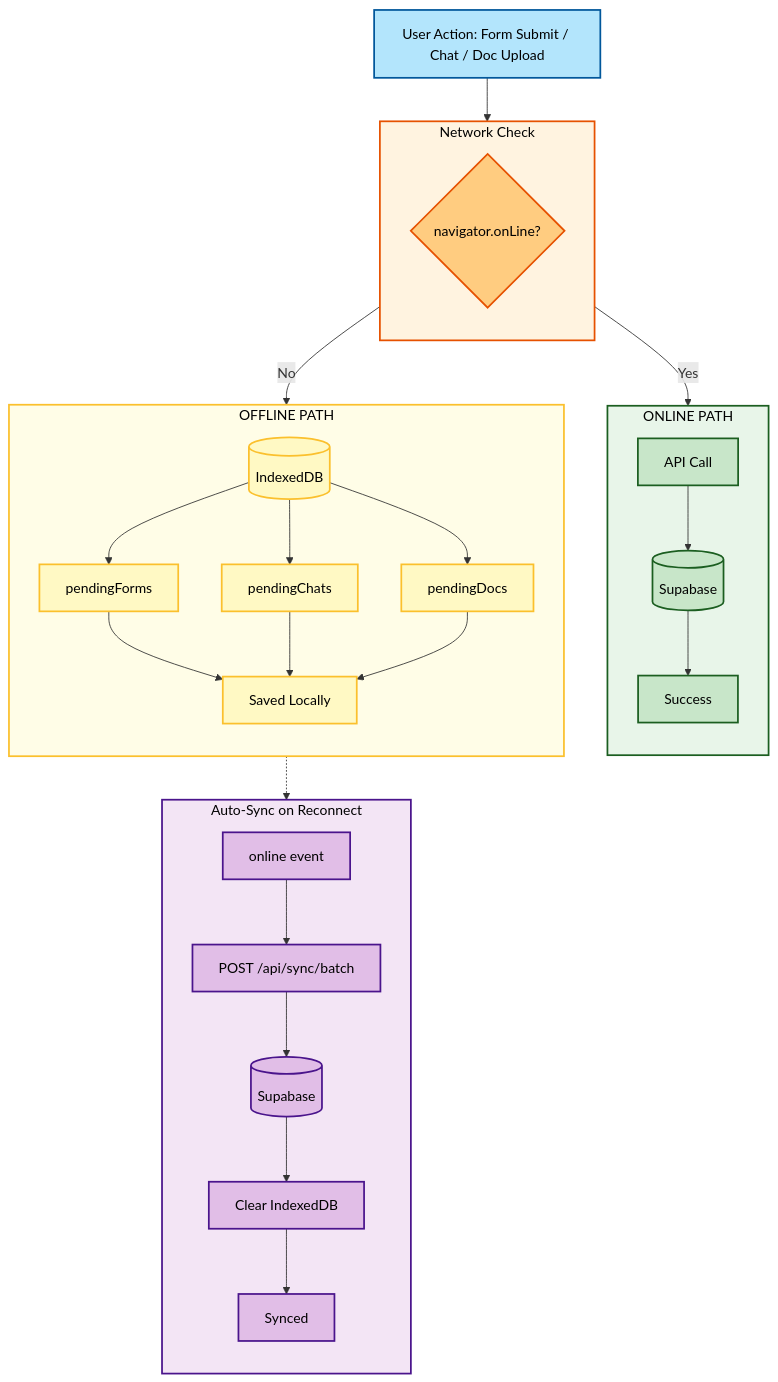
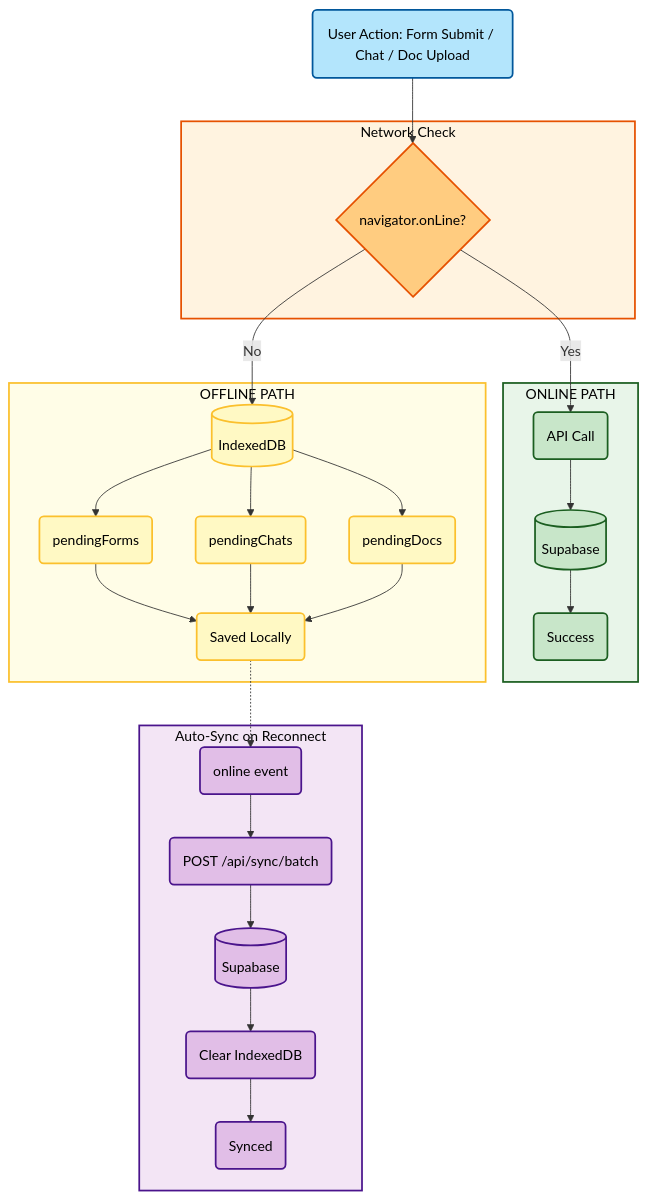
One commit to AIUtsavBot/aanchal_ai changed the fourth of 8 diagrams in README.md. Above: the diagram before and after it, drawn with Mermaid. The commit also changed other lines of this file, not shown here.

Commit message:
Fix syntax errors in all Mermaid diagrams (removed quotas and flowchart)

````diff
--- a/README.md
+++ b/README.md
@@ -246,64 +236,60 @@
 ```mermaid
-flowchart TB
+graph TB
     %% Styles
     classDef action fill:#b3e5fc,stroke:#01579b,stroke-width:2px,color:black
     classDef check fill:#ffcc80,stroke:#e65100,stroke-width:2px,color:black
     classDef online fill:#c8e6c9,stroke:#1b5e20,stroke-width:2px,color:black
     classDef offline fill:#fff9c4,stroke:#fbc02d,stroke-width:2px,color:black
     classDef sync fill:#e1bee7,stroke:#4a148c,stroke-width:2px,color:black
 
-    Action["User Action: Form Submit / Chat / Doc Upload"]:::action
+    Action(User Action: Form Submit / Chat / Doc Upload):::action
     
-    subgraph CHECK["Network Check"]
-        direction TB
+    subgraph CHECK [Network Check]
         style CHECK fill:#fff3e0,stroke:#e65100,stroke-width:2px,color:black
-        Online{"navigator.onLine?"}:::check
+        Online{navigator.onLine?}:::check
     end
     
-    subgraph ONLINE_PATH["ONLINE PATH"]
-        direction TB
+    subgraph ONLINE_PATH [ONLINE PATH]
         style ONLINE_PATH fill:#e8f5e9,stroke:#1b5e20,stroke-width:2px,color:black
-        API["API Call"]:::online
+        API(API Call):::online
         SB1[("Supabase")]:::online
-        Success["Success"]:::online
+        Success(Success):::online
     end
     
-    subgraph OFFLINE_PATH["OFFLINE PATH"]
-        direction TB
+    subgraph OFFLINE_PATH [OFFLINE PATH]
         style OFFLINE_PATH fill:#fffde7,stroke:#fbc02d,stroke-width:2px,color:black
         IDB[("IndexedDB")]:::offline
-        PF["pendingForms"]:::offline
-        PC["pendingChats"]:::offline
-        PD["pendingDocs"]:::offline
-        Saved["Saved Locally"]:::offline
+        PF(pendingForms):::offline
+        PC(pendingChats):::offline
+        PD(pendingDocs):::offline
+        Saved(Saved Locally):::offline
     end
     
-    subgraph SYNC["Auto-Sync on Reconnect"]
-        direction TB
+    subgraph SYNC [Auto-Sync on Reconnect]
         style SYNC fill:#f3e5f5,stroke:#4a148c,stroke-width:2px,color:black
-        Event["online event"]:::sync
-        Batch["POST /api/sync/batch"]:::sync
+        Event(online event):::sync
+        Batch(POST /api/sync/batch):::sync
         SB2[("Supabase")]:::sync
-        Clear["Clear IndexedDB"]:::sync
-        Done["Synced"]:::sync
+        Clear(Clear IndexedDB):::sync
+        Done(Synced):::sync
     end
     
     Action --> Online
     Online -->|Yes| API
     API --> SB1
     SB1 --> Success
     
     Online -->|No| IDB
     IDB --> PF
     IDB --> PC
     IDB --> PD
     PF --> Saved
     PC --> Saved
     PD --> Saved
     
     Saved -.-> Event
     Event --> Batch
     Batch --> SB2
     SB2 --> Clear
     Clear --> Done
 ```
````
